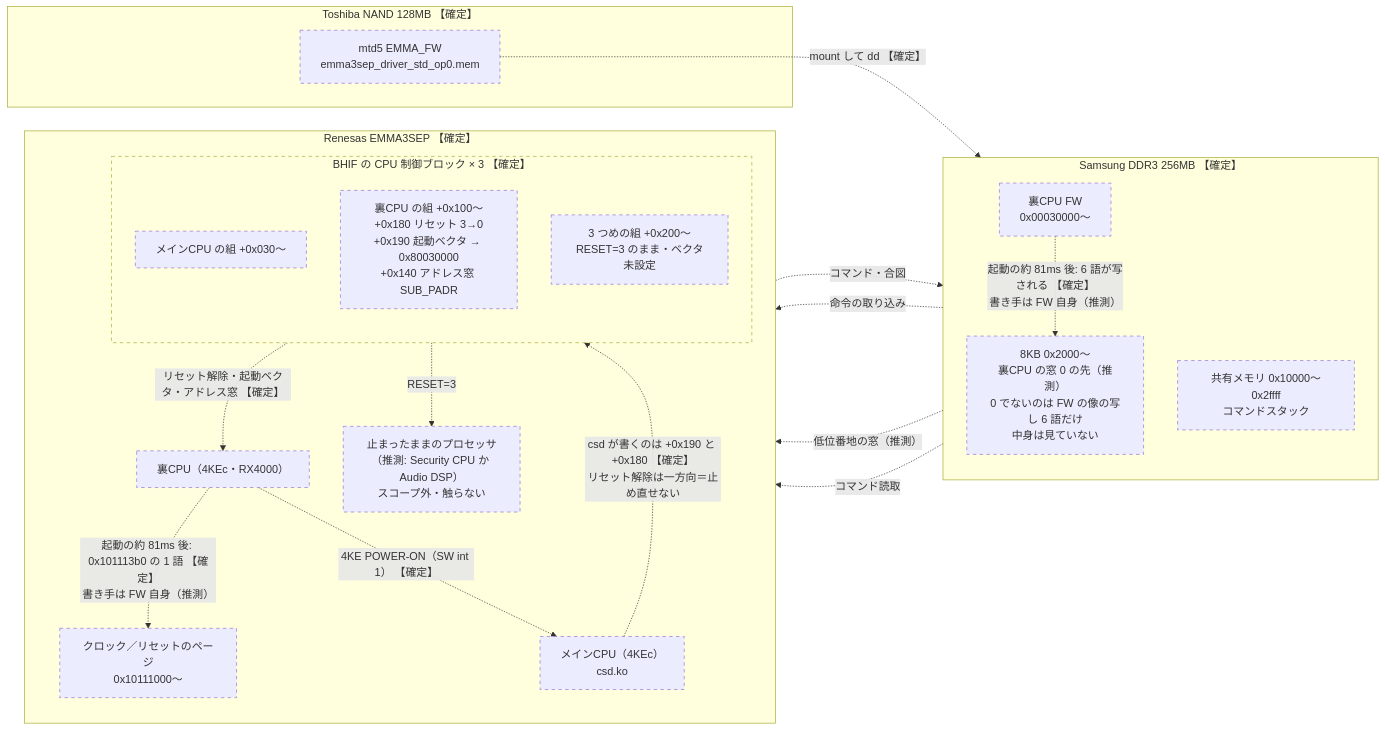
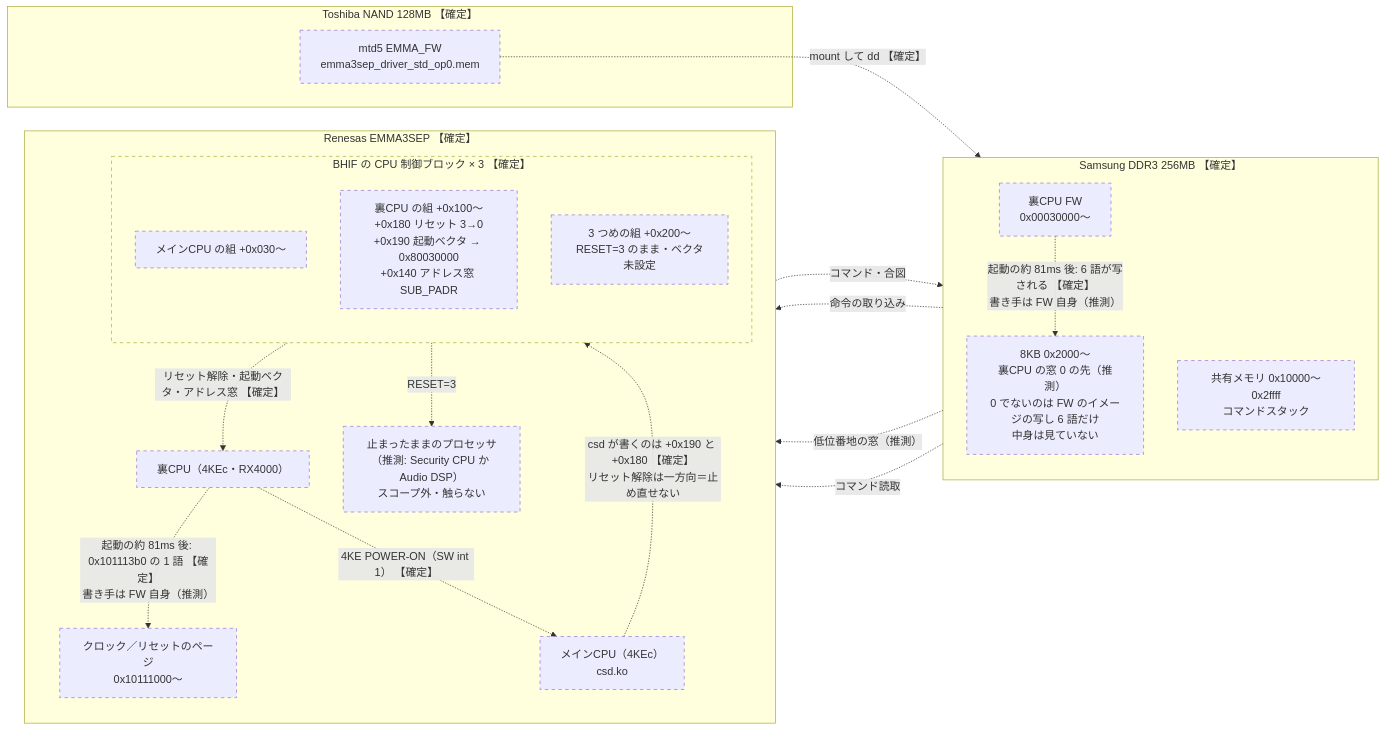
The second of 2 diagrams in docs/specs/poe-br100-yb1-signal-flow.md (daig0rian/openird), drawn with Mermaid before and after one commit. The commit also changed other lines of this file and 48 other files, not shown here.

````diff
--- a/docs/specs/poe-br100-yb1-signal-flow.md
+++ b/docs/specs/poe-br100-yb1-signal-flow.md
@@ -143,43 +143,43 @@
 ```mermaid
 flowchart LR
     subgraph NAND["Toshiba NAND 128MB 【確定】"]
         FWFILE["mtd5 EMMA_FW<br/>emma3sep_driver_std_op0.mem"]
     end
 
     subgraph DDR2["Samsung DDR3 256MB 【確定】"]
         direction TB
         FWIMG["裏CPU FW<br/>0x00030000〜"]
-        WIN0["8KB 0x2000〜<br/>裏CPU の窓 0 の先（推測）<br/>0 でないのは FW の像の写し 6 語だけ<br/>中身は見ていない"]
+        WIN0["8KB 0x2000〜<br/>裏CPU の窓 0 の先（推測）<br/>0 でないのは FW のイメージの写し 6 語だけ<br/>中身は見ていない"]
         SHM["共有メモリ 0x10000〜0x2ffff<br/>コマンドスタック"]
     end
 
     subgraph EMMA2["Renesas EMMA3SEP 【確定】"]
         direction TB
         MAIN2["メインCPU（4KEc）<br/>csd.ko"]
         subgraph CTRL["BHIF の CPU 制御ブロック × 3 【確定】"]
             direction TB
             B_MAIN["メインCPU の組 +0x030〜"]
             B_SUB["裏CPU の組 +0x100〜<br/>+0x180 リセット 3→0<br/>+0x190 起動ベクタ → 0x80030000<br/>+0x140 アドレス窓 SUB_PADR"]
             B_3RD["3 つめの組 +0x200〜<br/>RESET=3 のまま・ベクタ未設定"]
         end
         CLKP["クロック／リセットのページ<br/>0x10111000〜"]
         SUB2["裏CPU（4KEc・RX4000）"]
         P3["止まったままのプロセッサ<br/>（推測: Security CPU か Audio DSP）<br/>スコープ外・触らない"]
     end
 
     FWFILE -.->|"mount して dd 【確定】"| FWIMG
     MAIN2 -.->|"csd が書くのは +0x190 と +0x180 【確定】<br/>リセット解除は一方向＝止め直せない"| B_SUB
     B_SUB -.->|"リセット解除・起動ベクタ・アドレス窓 【確定】"| SUB2
     SUB2 -.->|"起動の約 81ms 後: 0x101113b0 の 1 語 【確定】<br/>書き手は FW 自身（推測）"| CLKP
     FWIMG -.->|"起動の約 81ms 後: 6 語が写される 【確定】<br/>書き手は FW 自身（推測）"| WIN0
     FWIMG -.->|"命令の取り込み"| SUB2
     WIN0 -.->|"低位番地の窓（推測）"| SUB2
     SUB2 -.->|"4KE POWER-ON（SW int 1） 【確定】"| MAIN2
     MAIN2 -.->|"コマンド・合図"| SHM
     SHM -.->|"コマンド読取"| SUB2
     B_3RD -.->|"RESET=3"| P3
 
     classDef logical stroke-dasharray:5 5;
     class FWFILE,FWIMG,WIN0,SHM,MAIN2,B_MAIN,B_SUB,B_3RD,CLKP,SUB2,P3 logical;
     style CTRL stroke-dasharray:5 5;
 ```
````
